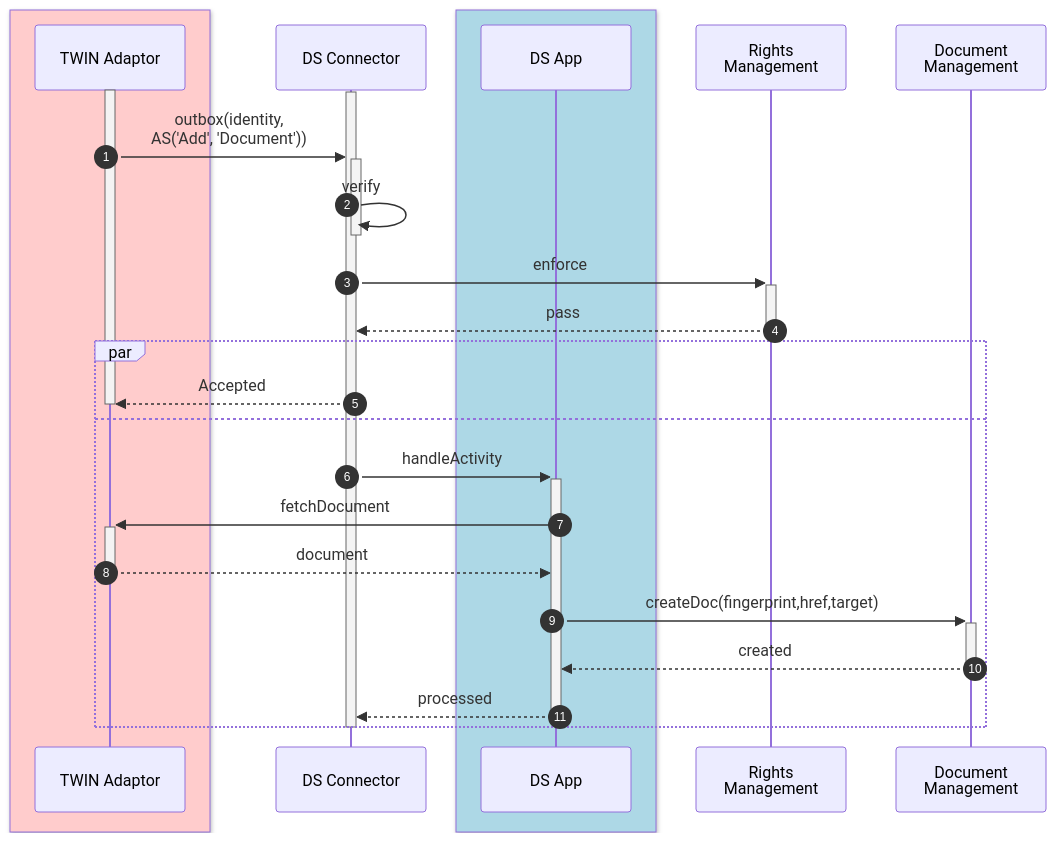
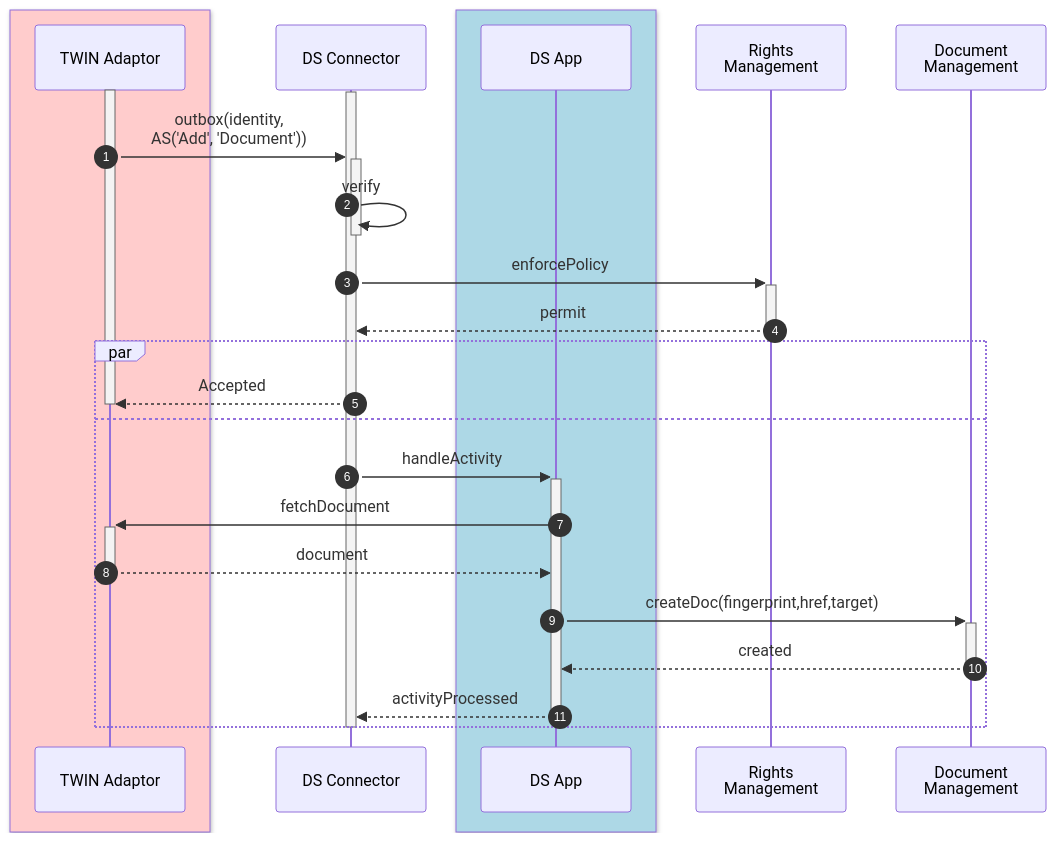
One commit to jmcanterafonseca-iota/twin-paper-diagrams changed the diagram in adaptor-flow-data-at-source.mermaid. Above: the diagram before and after it, drawn with Mermaid. The commit also changed 4 other files, not shown here.

Commit message:
additional diagrams

```diff
--- a/adaptor-flow-data-at-source.mermaid
+++ b/adaptor-flow-data-at-source.mermaid
@@ -1,41 +1,41 @@
 ---
 config:
   theme: default
 ---
 sequenceDiagram
     %% Define participants with aliases for cleaner labels
     box rgb(255, 204, 204)
         participant ADP as TWIN Adaptor
     end
     participant DSC as DS Connector
     box rgb(173, 216, 230)
         participant DSApp as DS App
     end
     participant RM as Rights<br>Management
     participant DM as Document<br>Management
 
     autonumber
 
     activate ADP
     activate DSC
     ADP->>DSC: outbox(identity, <br>AS('Add', 'Document'))
     activate DSC
     DSC->>-DSC: verify
-    DSC->>+RM: enforce
-    RM-->>-DSC: pass
+    DSC->>+RM: enforcePolicy
+    RM-->>-DSC: permit
     par
         DSC-->>ADP: Accepted
         deactivate ADP
     and
         DSC->>+DSApp: handleActivity
         DSApp->>+ADP: fetchDocument
         ADP-->>DSApp: document
         deactivate ADP
         DSApp->>+DM: createDoc(fingerprint,href,target)
         DM-->>DSApp: created
         deactivate DM
-        DSApp-->>DSC: processed
+        DSApp-->>DSC: activityProcessed
         deactivate DSApp
    end
 
 deactivate DSC
```
